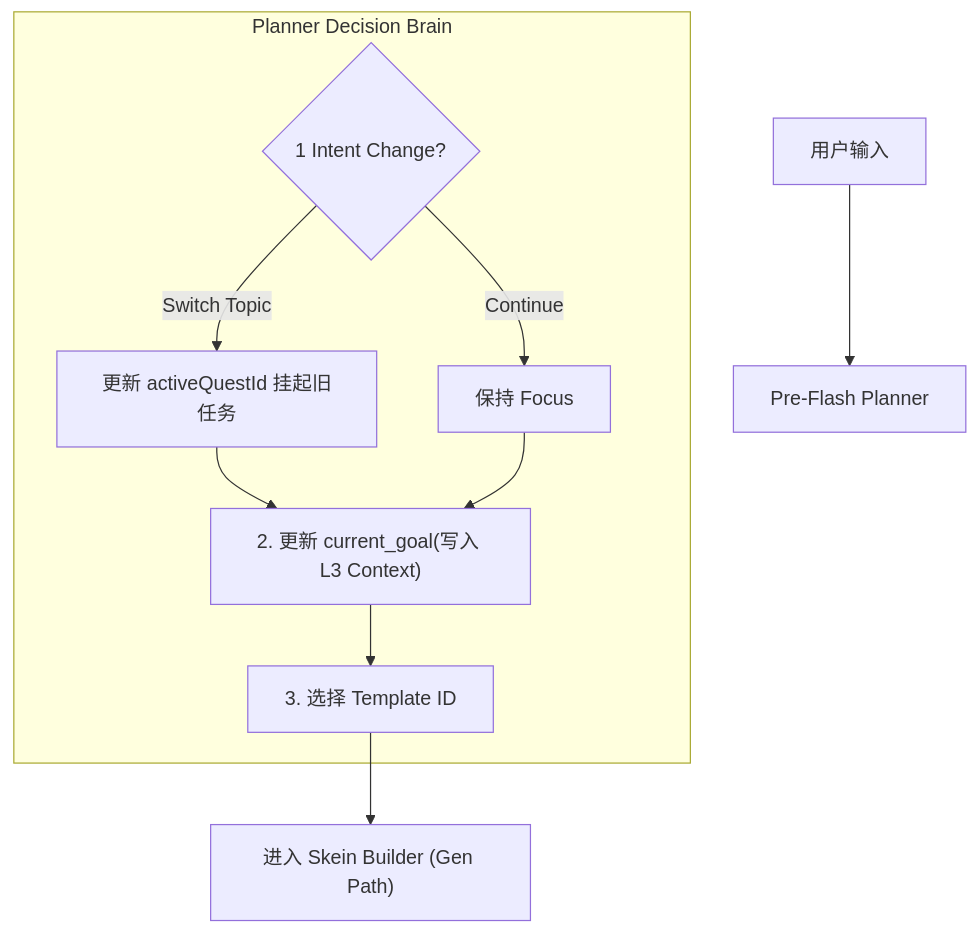
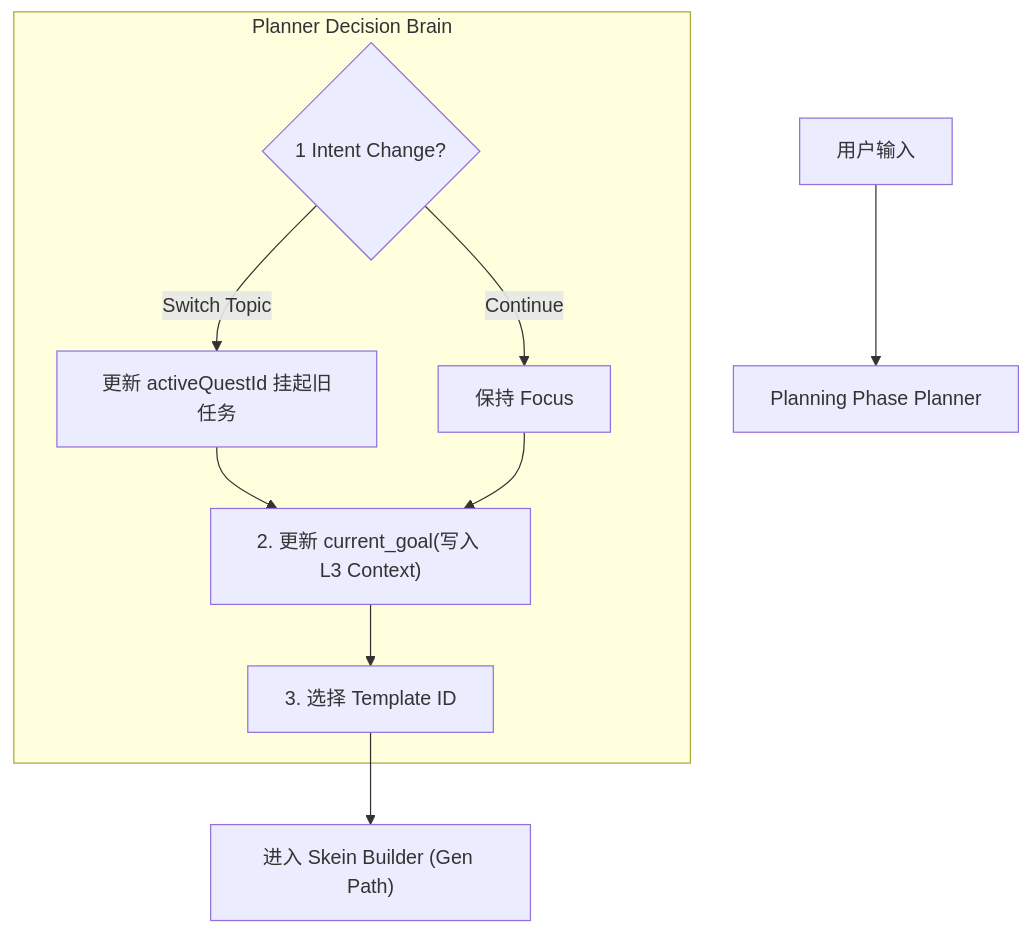
One commit to Abgetrennter/Clotho-Design changed the diagram in 00_active_specs/jacquard/planner-component.md. Above: the diagram before and after it, drawn with Mermaid. The commit also changed other lines of this file and 8 other files, not shown here.

Commit message:
docs: 统一术语命名 (Pre-Flash/Post-Flash → Planning Phase/Consolidation Phase)

````diff
--- a/00_active_specs/jacquard/planner-component.md
+++ b/00_active_specs/jacquard/planner-component.md
@@ -62,16 +62,16 @@
 ```mermaid
 graph TD
-    UserInput[用户输入] --> Planner[Pre-Flash Planner]
+    UserInput[用户输入] --> Planner[Planning Phase Planner]
     
     subgraph "Planner Decision Brain"
         CheckFocus{1 Intent Change?}
         
         CheckFocus -- "Switch Topic" --> Switch[更新 activeQuestId 挂起旧任务]
         CheckFocus -- "Continue" --> Keep[保持 Focus]
         
         Switch & Keep --> SetGoal["2. 更新 current_goal(写入 L3 Context)"]
         SetGoal --> SelectTempl[3. 选择 Template ID]
     end
     
     SelectTempl --> SkeinBuilder["进入 Skein Builder (Gen Path)"]
 ```
````
